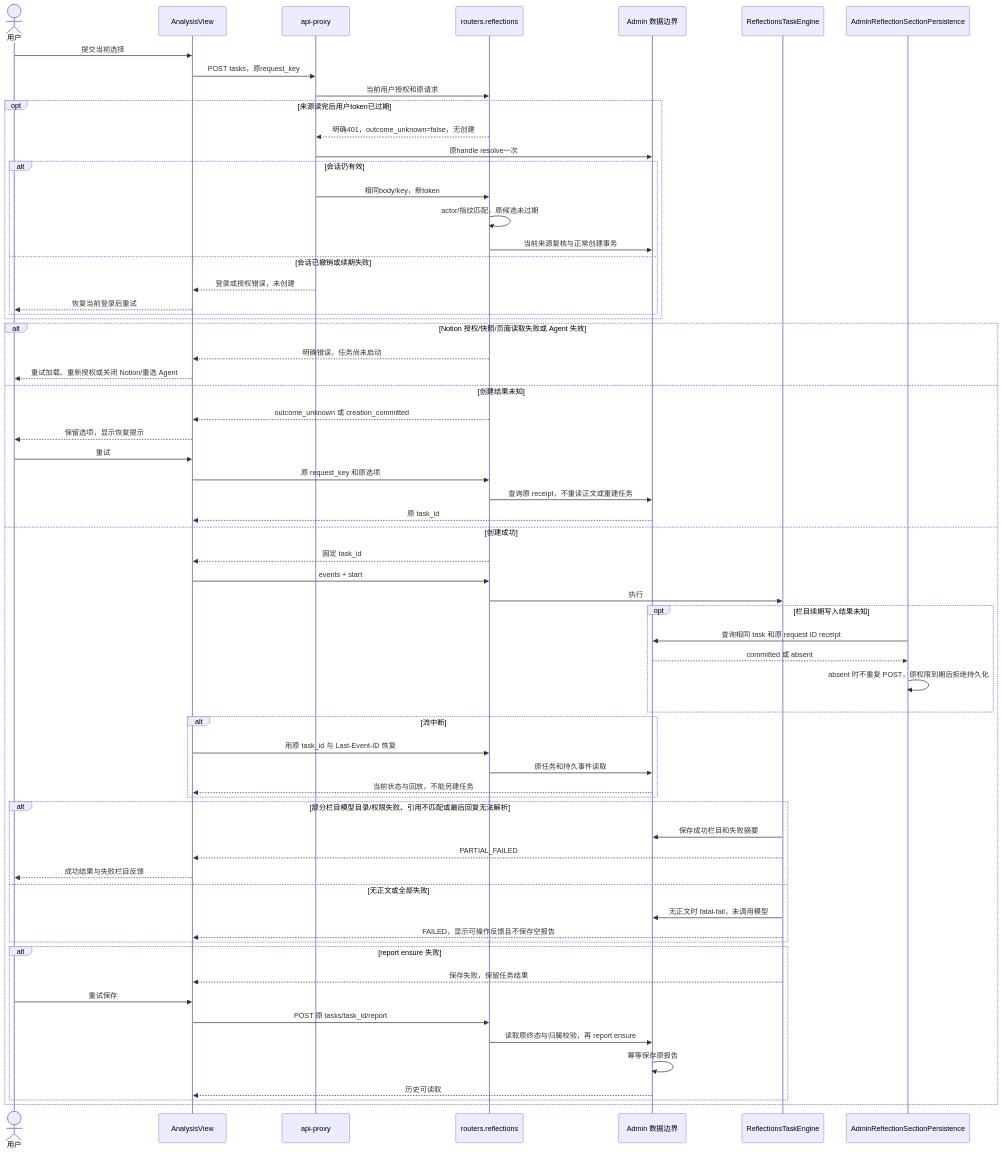
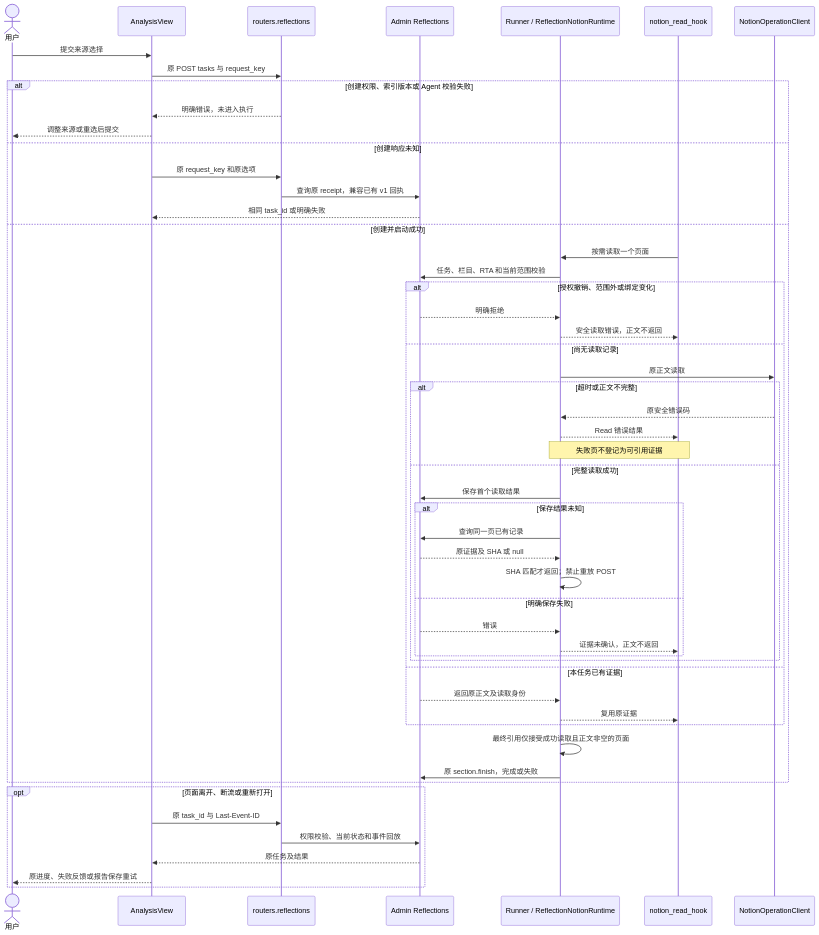
One commit to glide-the/im-dream changed the second of 3 diagrams in docs/design/memory/reflections-analysis-content-design.md. Above: the diagram before and after it, drawn with Mermaid. The commit also changed other lines of this file and 43 other files, not shown here.

Commit message:
feat(reflections): read Notion on demand and show complete sources

````diff
--- a/docs/design/memory/reflections-analysis-content-design.md
+++ b/docs/design/memory/reflections-analysis-content-design.md
@@ -131,66 +156,55 @@
 ```mermaid
 sequenceDiagram
     actor U as 用户
     participant V as AnalysisView
-    participant B as api-proxy
-    participant R as routers.reflections
-    participant D as Admin 数据边界
-    participant E as ReflectionsTaskEngine
-    participant P as AdminReflectionSectionPersistence
-    U->>V: 提交当前选择
-    V->>B: POST tasks，原request_key
-    B->>R: 当前用户授权和原请求
-    opt 来源读完后用户token已过期
-        R-->>B: 明确401，outcome_unknown=false，无创建
-        B->>D: 原handle resolve一次
-        alt 会话仍有效
-            B->>R: 相同body/key，新token
-            R->>R: actor/指纹匹配，原候选未过期
-            R->>D: 当前来源复核与正常创建事务
-        else 会话已撤销或续期失败
-            B-->>V: 登录或授权错误，未创建
-            V-->>U: 恢复当前登录后重试
+    participant API as routers.reflections
+    participant D as Admin Reflections
+    participant R as Runner / ReflectionNotionRuntime
+    participant H as notion_read_hook
+    participant C as NotionOperationClient
+    U->>V: 提交来源选择
+    V->>API: 原 POST tasks 与 request_key
+    alt 创建权限、索引版本或 Agent 校验失败
+        API-->>V: 明确错误，未进入执行
+        V-->>U: 调整来源或重选后提交
+    else 创建响应未知
+        V->>API: 原 request_key 和原选项
+        API->>D: 查询原 receipt，兼容已有 v1 回执
+        D-->>V: 相同 task_id 或明确失败
+    else 创建并启动成功
+        H->>R: 按需读取一个页面
+        R->>D: 任务、栏目、RTA 和当前范围校验
+        alt 授权撤销、范围外或绑定变化
+            D-->>R: 明确拒绝
+            R-->>H: 安全读取错误，正文不返回
+        else 尚无读取记录
+            R->>C: 原正文读取
+            alt 超时或正文不完整
+                C-->>R: 原安全错误码
+                R-->>H: Read 错误结果
+                Note over R,H: 失败页不登记为可引用证据
+            else 完整读取成功
+                R->>D: 保存首个读取结果
+                alt 保存结果未知
+                    R->>D: 查询同一页已有记录
+                    D-->>R: 原证据及 SHA 或 null
+                    R->>R: SHA 匹配才返回；禁止重放 POST
+                else 明确保存失败
+                    D-->>R: 错误
+                    R-->>H: 证据未确认，正文不返回
+                end
+            end
+        else 本任务已有证据
+            D-->>R: 返回原正文及读取身份
+            R-->>H: 复用原证据
         end
+        R->>R: 最终引用仅接受成功读取且正文非空的页面
+        R->>D: 原 section.finish，完成或失败
     end
-    alt Notion 授权/快照/页面读取失败或 Agent 失效
-        R-->>V: 明确错误，任务尚未启动
-        V-->>U: 重试加载、重新授权或关闭 Notion/重选 Agent
-    else 创建结果未知
-        R-->>V: outcome_unknown 或 creation_committed
-        V-->>U: 保留选项，显示恢复提示
-        U->>V: 重试
-        V->>R: 原 request_key 和原选项
-        R->>D: 查询原 receipt，不重读正文或重建任务
-        D-->>V: 原 task_id
-    else 创建成功
-        R-->>V: 固定 task_id
-        V->>R: events + start
-        R->>E: 执行
-        opt 栏目续期写入结果未知
-            P->>D: 查询相同 task 和原 request ID receipt
-            D-->>P: committed 或 absent
-            P->>P: absent 时不重复 POST，原权限到期后拒绝持久化
-        end
-        alt 流中断
-            V->>R: 用原 task_id 与 Last-Event-ID 恢复
-            R->>D: 原任务和持久事件读取
-            D-->>V: 当前状态与回放，不能另建任务
-        end
-        alt 部分栏目模型目录/权限失败、引用不匹配或最后回复无法解析
-            E->>D: 保存成功栏目和失败摘要
-            E-->>V: PARTIAL_FAILED
-            V-->>U: 成功结果与失败栏目反馈
-        else 无正文或全部失败
-            E->>D: 无正文时 fatal-fail，未调用模型
-            E-->>V: FAILED，显示可操作反馈且不保存空报告
-        end
-        alt report ensure 失败
-            E-->>V: 保存失败，保留任务结果
-            U->>V: 重试保存
-            V->>R: POST 原 tasks/task_id/report
-            R->>D: 读取原终态与归属校验，再 report ensure
-            D->>D: 幂等保存原报告
-            D-->>V: 历史可读取
-        end
+    opt 页面离开、断流或重新打开
+        V->>API: 原 task_id 与 Last-Event-ID
+        API->>D: 权限校验、当前状态和事件回放
+        D-->>V: 原任务及结果
+        V-->>U: 原进度、失败反馈或报告保存重试
     end
 ```
````
